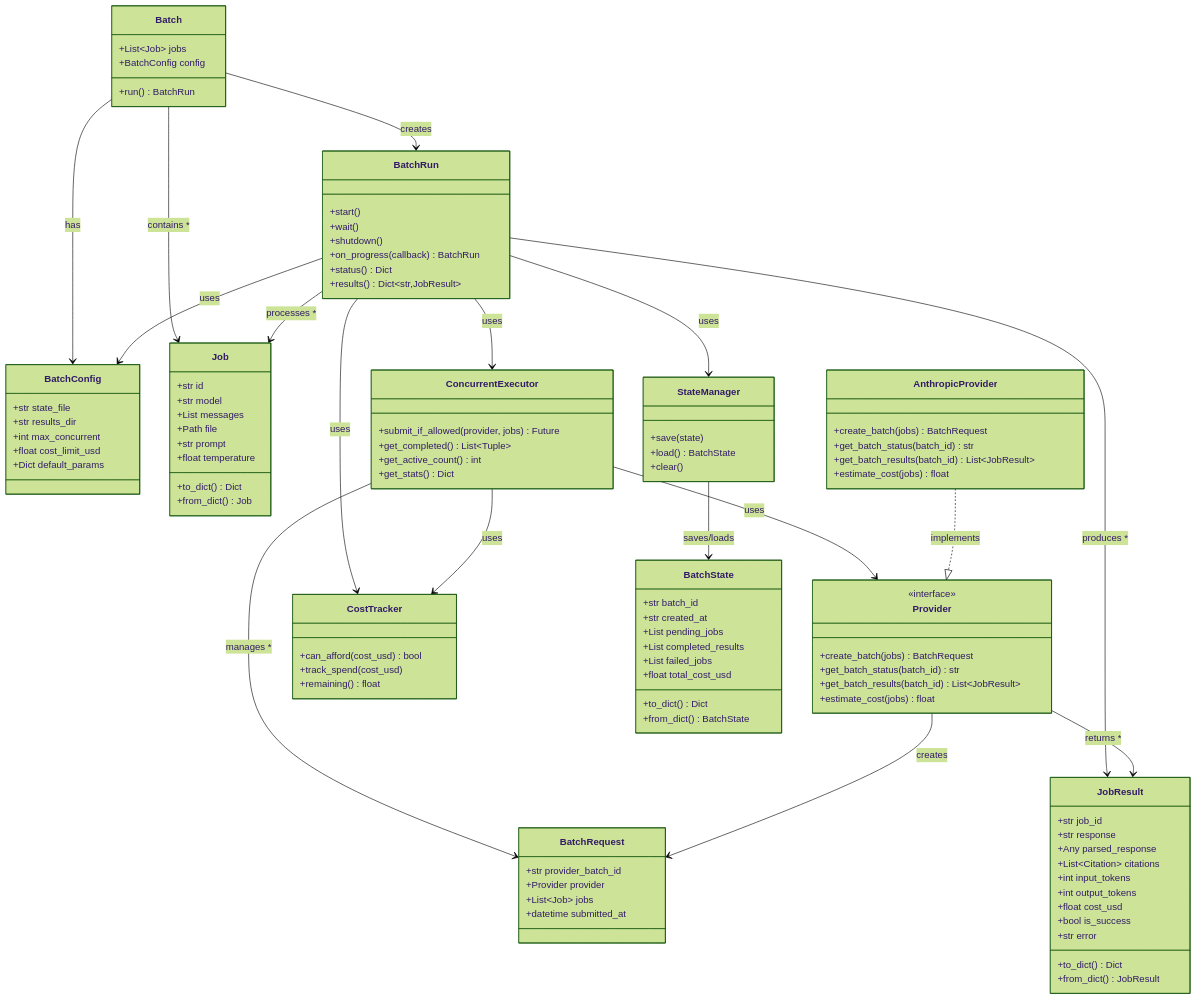
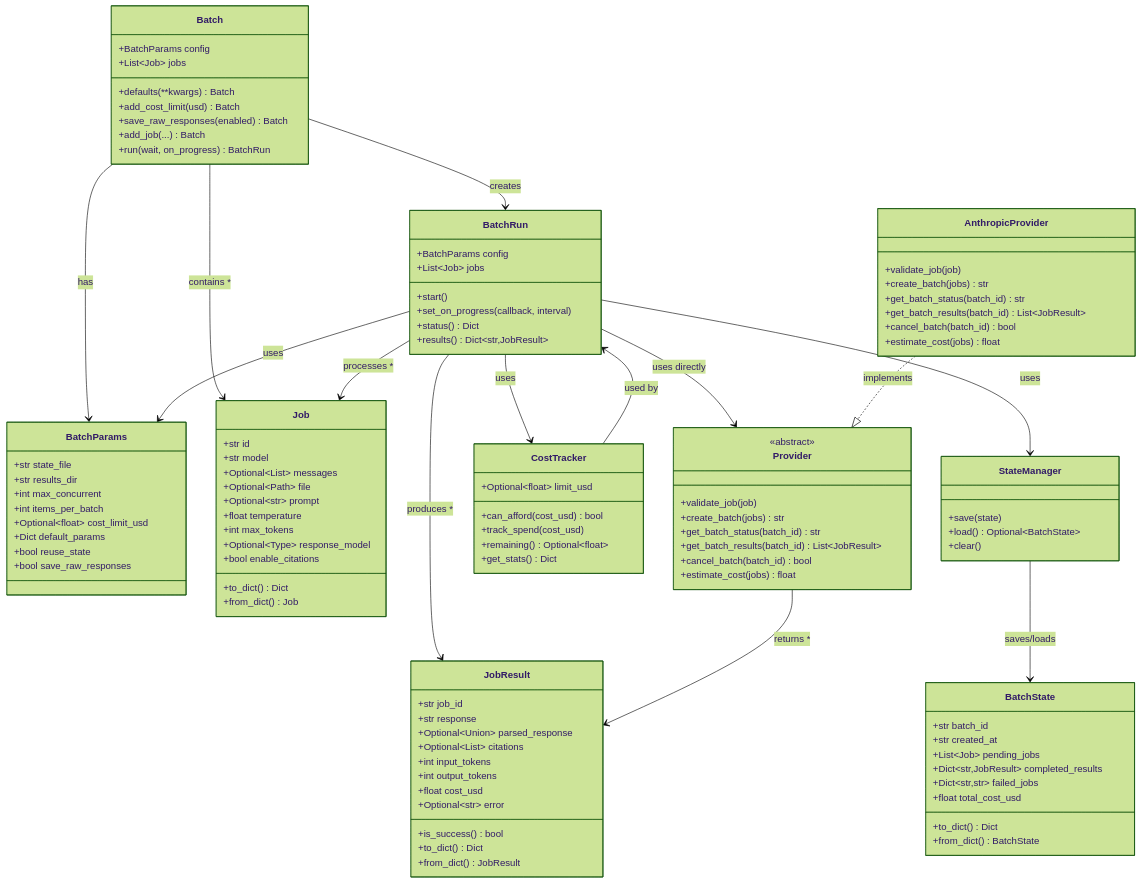
The diagram in development.md (agamm/batchata), drawn with Mermaid (forest theme) before and after one commit. The commit also changed other lines of this file and 13 other files, not shown here.

Commit message:
Fix reuse=False - delete reuslts dir, fix types, poll interval

````diff
--- a/development.md
+++ b/development.md
@@ -5,124 +5,123 @@
 ```mermaid
 classDiagram
     class Batch {
+        +BatchParams config
         +List~Job~ jobs
-        +BatchConfig config
-        +run() BatchRun
+        +defaults(**kwargs) Batch
+        +add_cost_limit(usd) Batch
+        +save_raw_responses(enabled) Batch
+        +add_job(...) Batch
+        +run(wait, on_progress) BatchRun
     }
     
-    class BatchConfig {
+    class BatchParams {
         +str state_file
         +str results_dir
         +int max_concurrent
-        +float cost_limit_usd
+        +int items_per_batch
+        +Optional~float~ cost_limit_usd
         +Dict default_params
+        +bool reuse_state
+        +bool save_raw_responses
     }
     
     class Job {
         +str id
         +str model
-        +List messages
-        +Path file
-        +str prompt
+        +Optional~List~ messages
+        +Optional~Path~ file
+        +Optional~str~ prompt
         +float temperature
+        +int max_tokens
+        +Optional~Type~ response_model
+        +bool enable_citations
         +to_dict() Dict
         +from_dict() Job
     }
     
     class BatchRun {
+        +BatchParams config
+        +List~Job~ jobs
         +start()
-        +wait()
-        +shutdown()
-        +on_progress(callback) BatchRun
+        +set_on_progress(callback, interval)
         +status() Dict
         +results() Dict~str,JobResult~
-    }
-    
-    class ConcurrentExecutor {
-        +submit_if_allowed(provider, jobs) Future
-        +get_completed() List~Tuple~
-        +get_active_count() int
-        +get_stats() Dict
     }
     
     class JobResult {
         +str job_id
         +str response
-        +Any parsed_response
-        +List~Citation~ citations
+        +Optional~Union~ parsed_response
+        +Optional~List~ citations
         +int input_tokens
         +int output_tokens
         +float cost_usd
-        +bool is_success
-        +str error
+        +Optional~str~ error
+        +is_success() bool
         +to_dict() Dict
         +from_dict() JobResult
     }
     
     class Provider {
-        <<interface>>
-        +create_batch(jobs) BatchRequest
+        <<abstract>>
+        +validate_job(job)
+        +create_batch(jobs) str
         +get_batch_status(batch_id) str
         +get_batch_results(batch_id) List~JobResult~
+        +cancel_batch(batch_id) bool
         +estimate_cost(jobs) float
     }
     
     class AnthropicProvider {
-        +create_batch(jobs) BatchRequest
+        +validate_job(job)
+        +create_batch(jobs) str
         +get_batch_status(batch_id) str
         +get_batch_results(batch_id) List~JobResult~
+        +cancel_batch(batch_id) bool
         +estimate_cost(jobs) float
     }
     
-    class BatchRequest {
-        +str provider_batch_id
-        +Provider provider
-        +List~Job~ jobs
-        +datetime submitted_at
-    }
-    
     class CostTracker {
+        +Optional~float~ limit_usd
         +can_afford(cost_usd) bool
         +track_spend(cost_usd)
-        +remaining() float
+        +remaining() Optional~float~
+        +get_stats() Dict
     }
     
     class StateManager {
         +save(state)
-        +load() BatchState
+        +load() Optional~BatchState~
         +clear()
     }
     
     class BatchState {
         +str batch_id
         +str created_at
-        +List pending_jobs
-        +List completed_results
-        +List failed_jobs
+        +List~Job~ pending_jobs
+        +Dict~str,JobResult~ completed_results
+        +Dict~str,str~ failed_jobs
         +float total_cost_usd
         +to_dict() Dict
         +from_dict() BatchState
     }
     
-    Batch --> BatchConfig : has
+    Batch --> BatchParams : has
     Batch --> Job : contains *
     Batch --> BatchRun : creates
     
-    BatchRun --> BatchConfig : uses
+    BatchRun --> BatchParams : uses
     BatchRun --> Job : processes *
-    BatchRun --> ConcurrentExecutor : uses
+    BatchRun --> Provider : uses directly
     BatchRun --> StateManager : uses
     BatchRun --> CostTracker : uses
     BatchRun --> JobResult : produces *
     
-    ConcurrentExecutor --> Provider : uses
-    ConcurrentExecutor --> BatchRequest : manages *
-    ConcurrentExecutor --> CostTracker : uses
-    
     AnthropicProvider ..|> Provider : implements
     
-    Provider --> BatchRequest : creates
     Provider --> JobResult : returns *
     
     StateManager --> BatchState : saves/loads
+    
+    CostTracker --> BatchRun : used by
 ```
````
